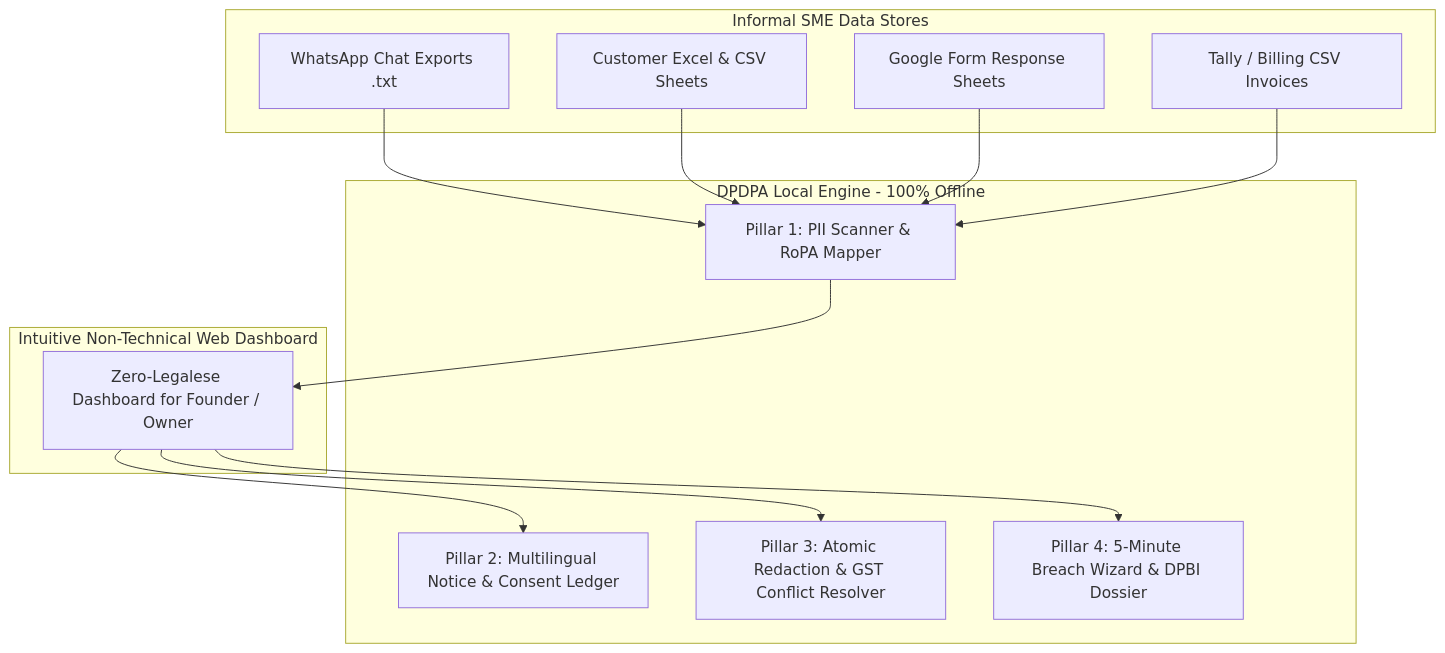
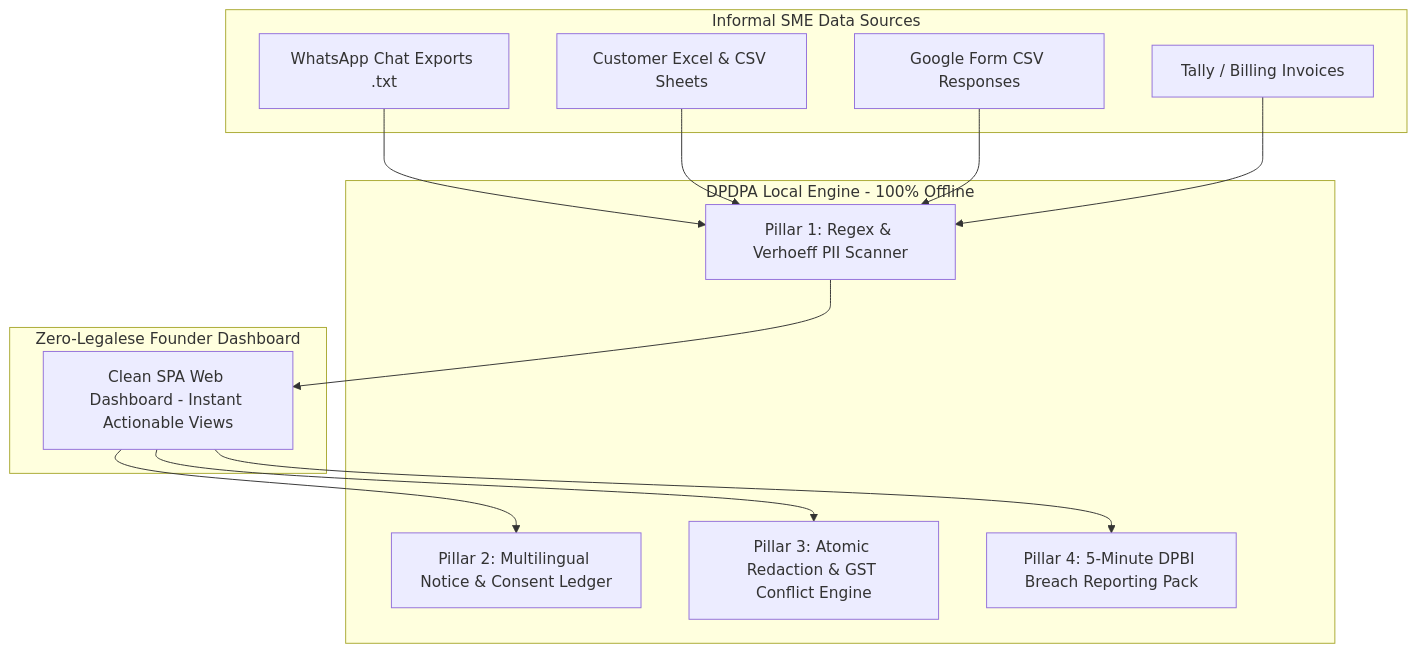
The first of 3 diagrams in README.md (Chandrashekhar260/codeplay), drawn with Mermaid before and after one commit. The commit also changed other lines of this file and 12 other files, not shown here.

````diff
--- a/README.md
+++ b/README.md
@@ -27,24 +67,24 @@
 ```mermaid
 graph TB
-    subgraph InformalSources [Informal SME Data Stores]
+    subgraph InformalSilos [Informal SME Data Sources]
         W[WhatsApp Chat Exports .txt]
         E[Customer Excel & CSV Sheets]
-        G[Google Form Response Sheets]
-        B[Tally / Billing CSV Invoices]
+        G[Google Form CSV Responses]
+        I[Tally / Billing Invoices]
     end
 
-    subgraph CoreEngine [DPDPA Local Engine - 100% Offline]
-        P1[Pillar 1: PII Scanner & RoPA Mapper]
+    subgraph LocalEngine [DPDPA Local Engine - 100% Offline]
+        P1[Pillar 1: Regex & Verhoeff PII Scanner]
         P2[Pillar 2: Multilingual Notice & Consent Ledger]
-        P3[Pillar 3: Atomic Redaction & GST Conflict Resolver]
-        P4[Pillar 4: 5-Minute Breach Wizard & DPBI Dossier]
+        P3[Pillar 3: Atomic Redaction & GST Conflict Engine]
+        P4[Pillar 4: 5-Minute DPBI Breach Reporting Pack]
     end
 
-    subgraph SMEUI [Intuitive Non-Technical Web Dashboard]
-        D[Zero-Legalese Dashboard for Founder / Owner]
+    subgraph FounderUI [Zero-Legalese Founder Dashboard]
+        UI[Clean SPA Web Dashboard - Instant Actionable Views]
     end
 
-    W & E & G & B --> P1
-    P1 --> D
-    D --> P2 & P3 & P4
+    W & E & G & I --> P1
+    P1 --> UI
+    UI --> P2 & P3 & P4
 ```
````
